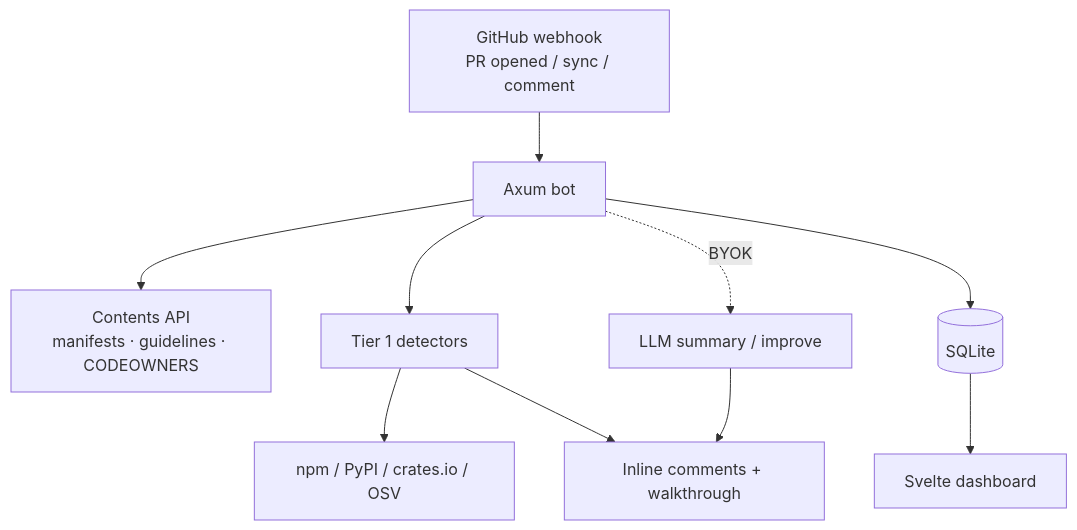
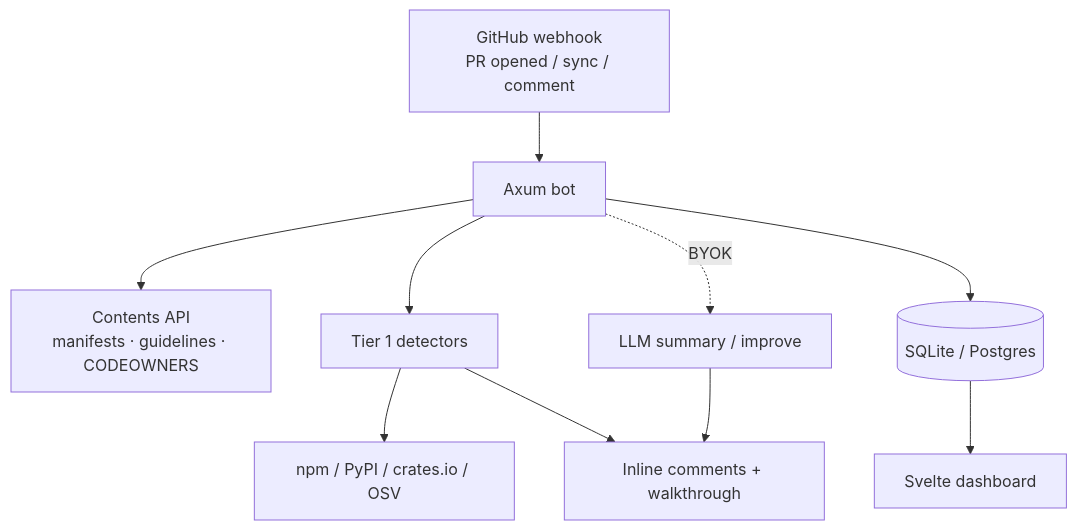
Before and after one commit to lohitkolluri/codasaurus: the diagram in README.md, drawn with Mermaid. The commit also changed other lines of this file and 11 other files, not shown here.

````diff
--- a/README.md
+++ b/README.md
@@ -46,12 +48,12 @@
 ```mermaid
 flowchart TB
     WH[GitHub webhook<br/>PR opened / sync / comment] --> BOT[Axum bot]
     BOT --> CTX[Contents API<br/>manifests · guidelines · CODEOWNERS]
     BOT --> T1[Tier 1 detectors]
     T1 --> REG[npm / PyPI / crates.io / OSV]
     BOT -.->|BYOK| T2[LLM summary / improve]
     T1 --> GH[Inline comments + walkthrough]
     T2 --> GH
-    BOT --> DB[(SQLite)]
+    BOT --> DB[(SQLite / Postgres)]
     DB --> DASH[Svelte dashboard]
 ```
````
